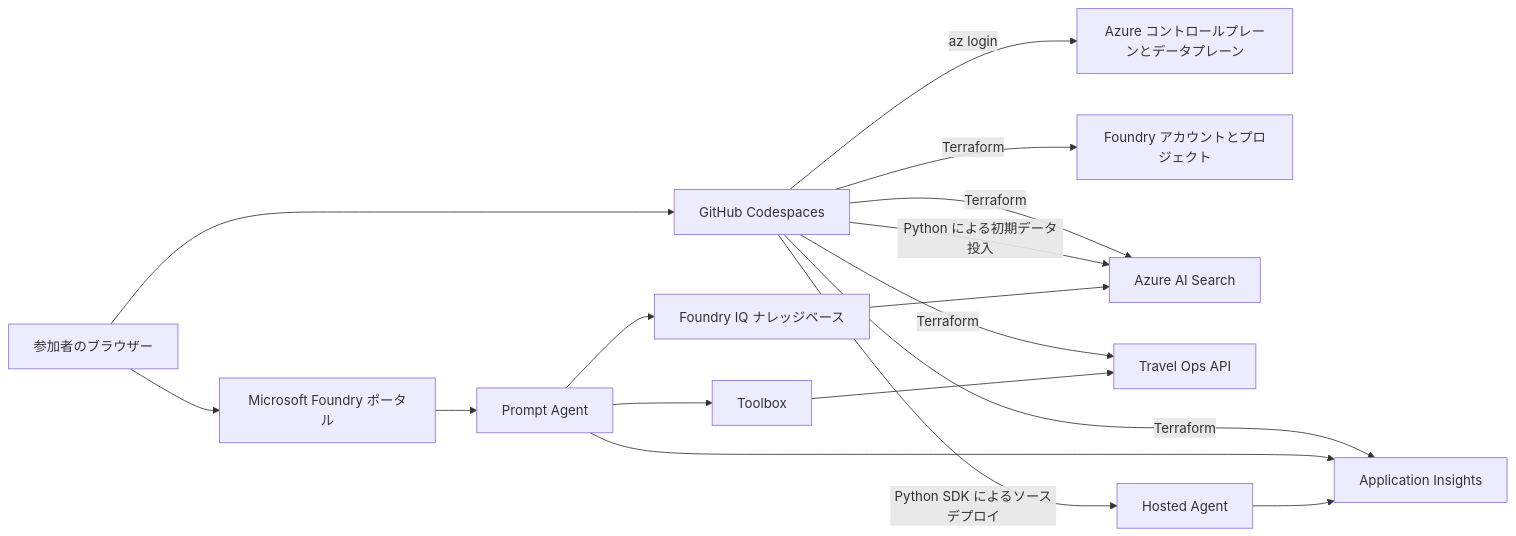
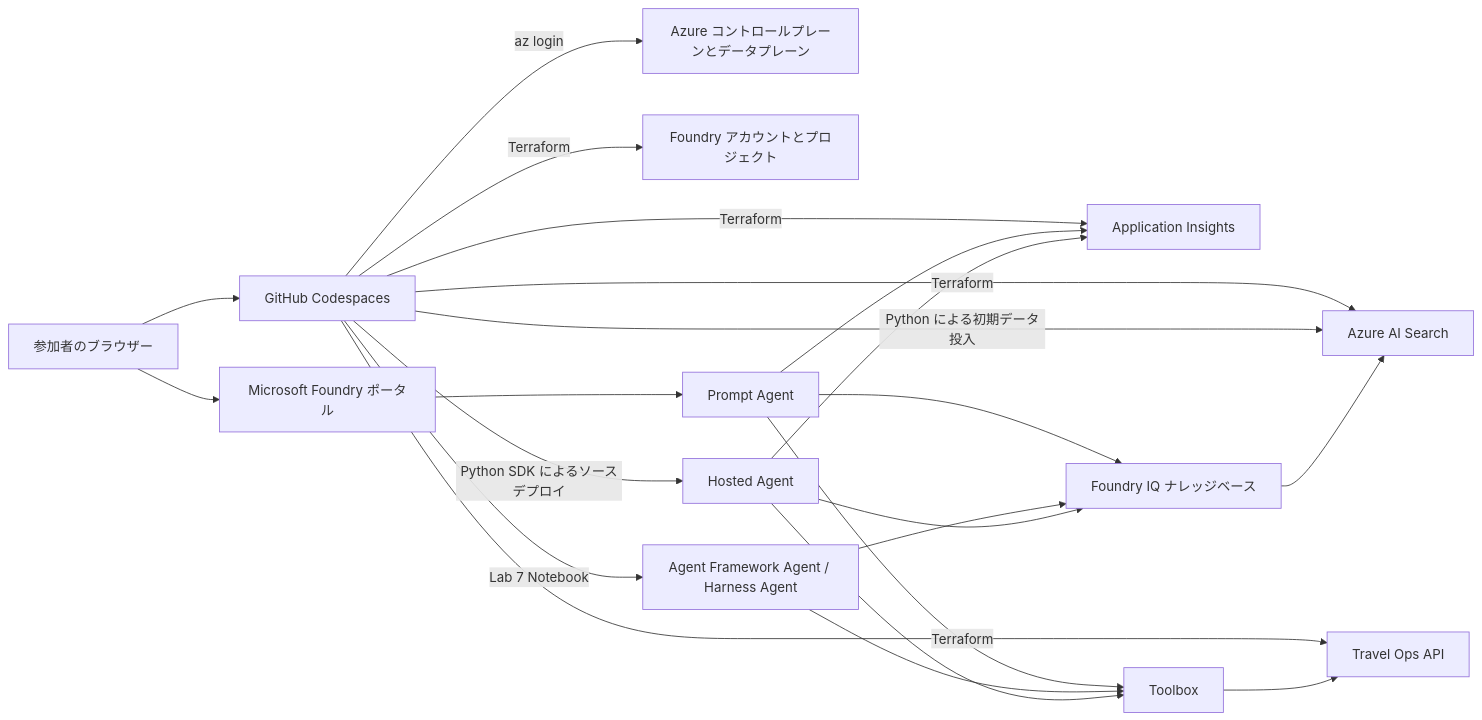
The diagram in docs/architecture.md (matayuuu/Microsoft-Foundry-Agent-Service-Handson), drawn with Mermaid before and after one commit. The commit also changed other lines of this file and 64 other files, not shown here.

Commit message:
feat: add harness agent workshop labs

````diff
--- a/docs/architecture.md
+++ b/docs/architecture.md
@@ -16,19 +16,24 @@
 ```mermaid
 flowchart LR
     browser[参加者のブラウザー] --> portal[Microsoft Foundry ポータル]
     browser --> codespace[GitHub Codespaces]
     codespace -->|az login| azure[Azure コントロールプレーンとデータプレーン]
     codespace -->|Terraform| foundry[Foundry アカウントとプロジェクト]
     codespace -->|Terraform| search[Azure AI Search]
     codespace -->|Terraform| monitor[Application Insights]
     codespace -->|Terraform| api[Travel Ops API]
     codespace -->|Python による初期データ投入| search
     portal --> prompt[Prompt Agent]
     prompt --> iq[Foundry IQ ナレッジベース]
     iq --> search
     prompt --> toolbox[Toolbox]
     toolbox --> api
+    codespace -->|Lab 7 Notebook| codeagent[Agent Framework Agent / Harness Agent]
+    codeagent --> iq
+    codeagent --> toolbox
     codespace -->|Python SDK によるソースデプロイ| hosted[Hosted Agent]
+    hosted --> iq
+    hosted --> toolbox
     prompt --> monitor
     hosted --> monitor
 ```
````
